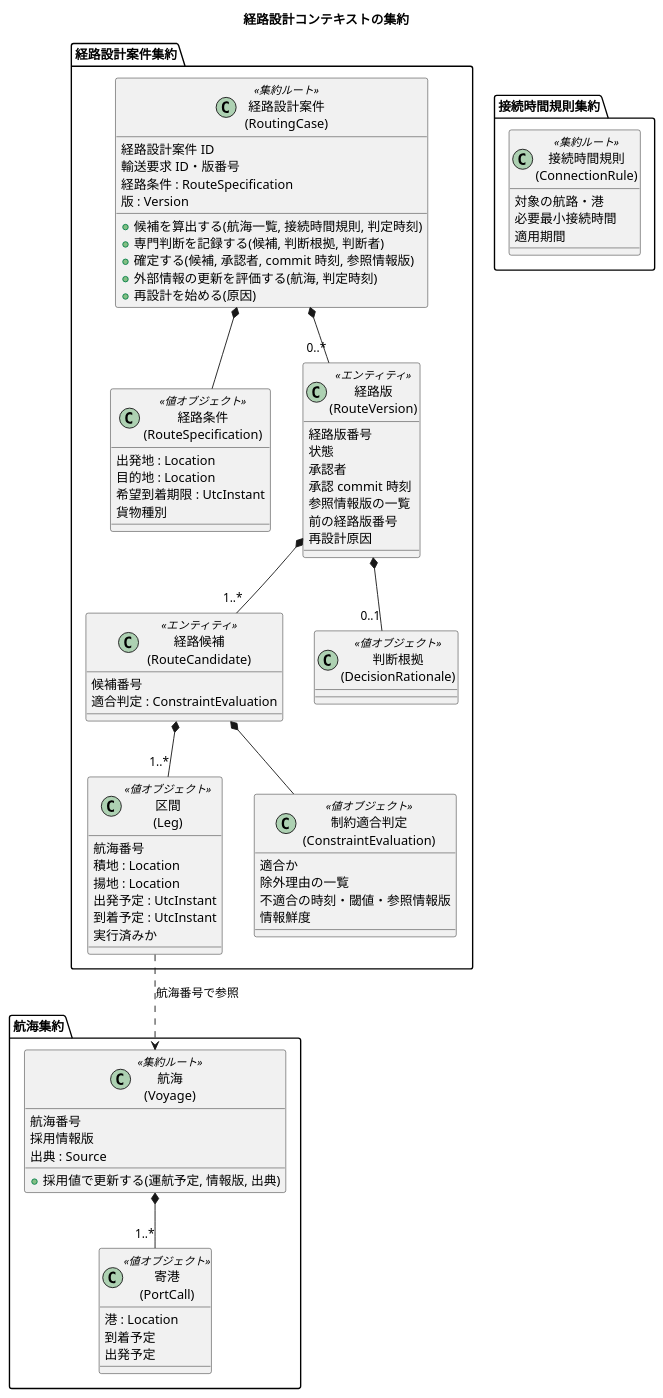
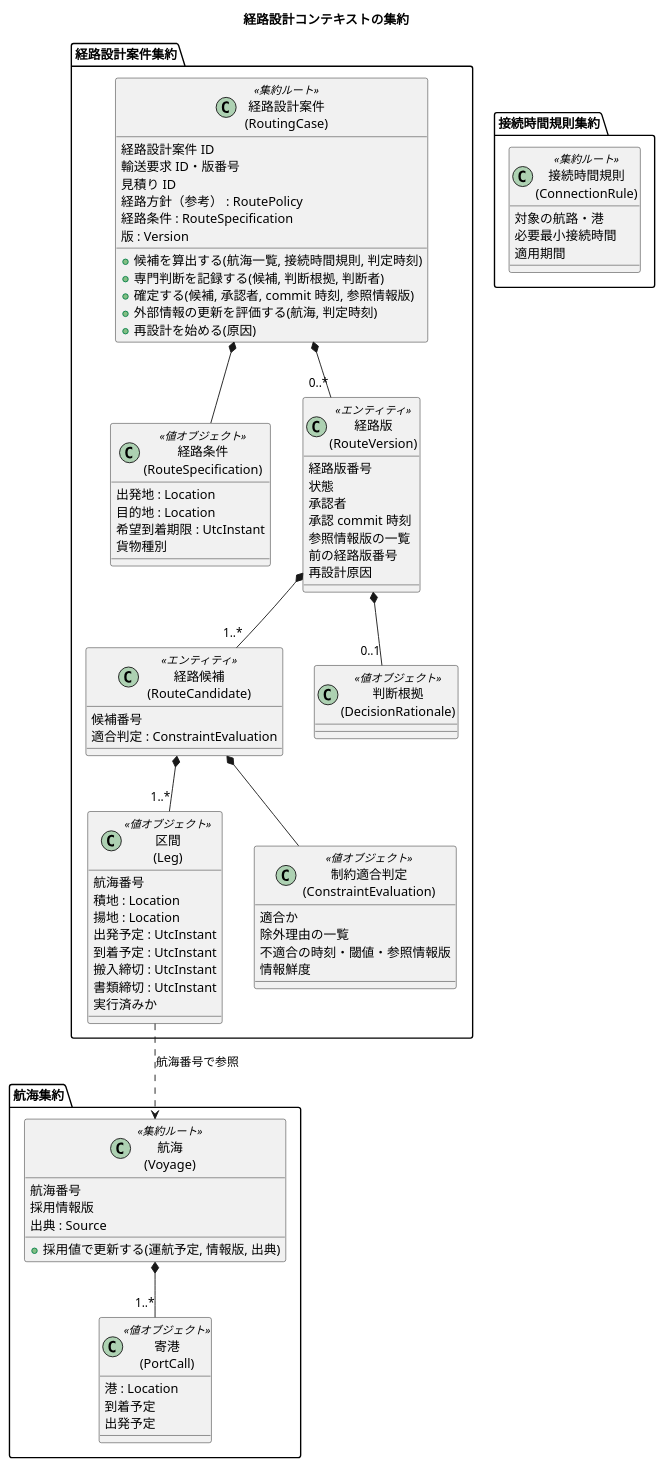
The sixth of 15 diagrams in docs/design/cargo-tracker/domain_model.md (k2works/practical-domain-driven-design-in-enterpris-application), drawn with PlantUML before and after one commit. The commit also changed other lines of this file and 25 other files, not shown here.

```diff
--- a/docs/design/cargo-tracker/domain_model.md
+++ b/docs/design/cargo-tracker/domain_model.md
@@ -326,6 +370,8 @@
   class "経路設計案件\n(RoutingCase)" as RC <<集約ルート>> {
     経路設計案件 ID
     輸送要求 ID・版番号
+    見積り ID
+    経路方針（参考） : RoutePolicy
     経路条件 : RouteSpecification
     版 : Version
     + 候補を算出する(航海一覧, 接続時間規則, 判定時刻)
@@ -359,6 +405,8 @@
     揚地 : Location
     出発予定 : UtcInstant
     到着予定 : UtcInstant
+    搬入締切 : UtcInstant
+    書類締切 : UtcInstant
     実行済みか
   }
   class "制約適合判定\n(ConstraintEvaluation)" as Eval <<値オブジェクト>> {
```
